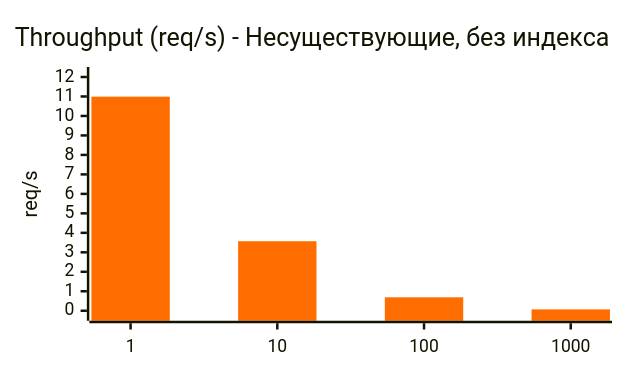
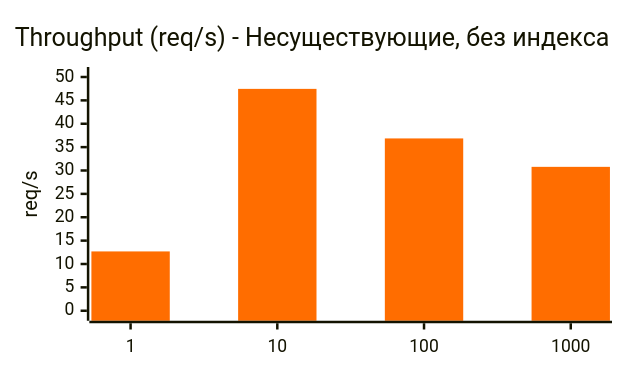
The fifth of 6 diagrams in docs/reports/hw2/report.md (dloshkarev/highloadarchitect), drawn with Mermaid before and after one commit. The commit also changed other lines of this file and 3 other files, not shown here.

````diff
--- a/docs/reports/hw2/report.md
+++ b/docs/reports/hw2/report.md
@@ -137,8 +237,8 @@
 ```mermaid
 %%{init: {"xyChart": {"width": 480, "height": 280}, "themeVariables": {"xyChart": {"plotColorPalette": "#ff6d00"}}}}%%
 xychart-beta
     title "Throughput (req/s) - Несуществующие, без индекса"
     x-axis ["1", "10", "100", "1000"]
-    y-axis "req/s" 0 --> 12
-    bar [10.99, 3.57, 0.69, 0.07]
+    y-axis "req/s" 0 --> 50
+    bar [12.69, 47.46, 36.86, 30.78]
 ```
````
